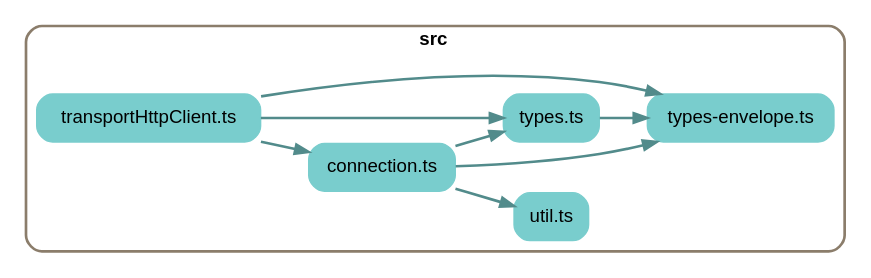
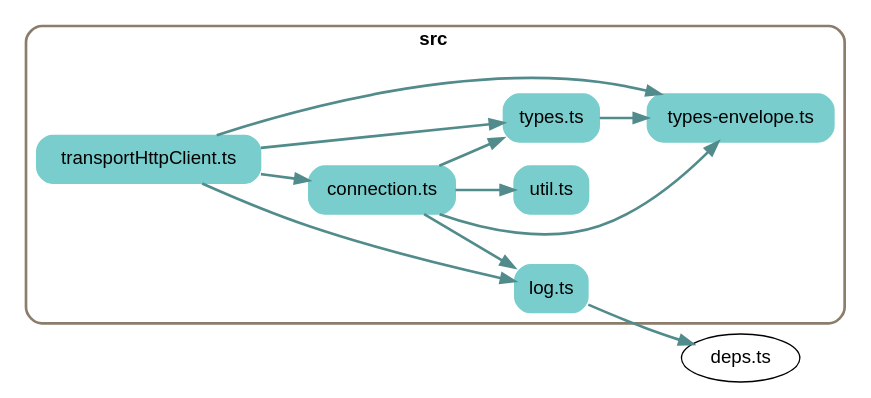
One commit to earthstar-project/earthstar-streaming-rpc changed the diagram in depchart/depchart-simple.dot. Above: the diagram before and after it, drawn with Graphviz. The commit also changed 5 other files, not shown here.

```diff
--- a/depchart/depchart-simple.dot
+++ b/depchart/depchart-simple.dot
@@ -1,37 +1,41 @@
 
 digraph G {
     //splines=line;
     //splines=polyline;
     splines=true;
     rankdir=LR;
     //newrank=true;
     compound=true;
     graph [fontname = "helvetica"];  // dpi=72
     node [fontname = "helvetica"];
     edge [fontname = "helvetica"];
     
     // files in their folder clusters
 
-    subgraph cluster8513787771 {
+    subgraph cluster4560059362 {
         label=<<b>src</b>>;
         style="rounded";
         color=bisque4;
         penwidth=2;
                     
         "src/connection.ts" [label="connection.ts", shape=rectangle; style="rounded,filled"; color=darkslategray3];
+        "src/log.ts" [label="log.ts", shape=rectangle; style="rounded,filled"; color=darkslategray3];
         "src/transportHttpClient.ts" [label="transportHttpClient.ts", shape=rectangle; style="rounded,filled"; color=darkslategray3];
         "src/types-envelope.ts" [label="types-envelope.ts", shape=rectangle; style="rounded,filled"; color=darkslategray3];
         "src/types.ts" [label="types.ts", shape=rectangle; style="rounded,filled"; color=darkslategray3];
         "src/util.ts" [label="util.ts", shape=rectangle; style="rounded,filled"; color=darkslategray3];
     }
 
     // edges between files
     "src/connection.ts" -> "src/types.ts" [penwidth=2; color=darkslategray4];
     "src/connection.ts" -> "src/types-envelope.ts" [penwidth=2; color=darkslategray4];
     "src/connection.ts" -> "src/util.ts" [penwidth=2; color=darkslategray4];
+    "src/connection.ts" -> "src/log.ts" [penwidth=2; color=darkslategray4];
+    "src/log.ts" -> "deps.ts" [penwidth=2; color=darkslategray4];
     "src/transportHttpClient.ts" -> "src/types.ts" [penwidth=2; color=darkslategray4];
     "src/transportHttpClient.ts" -> "src/types-envelope.ts" [penwidth=2; color=darkslategray4];
     "src/transportHttpClient.ts" -> "src/connection.ts" [penwidth=2; color=darkslategray4];
+    "src/transportHttpClient.ts" -> "src/log.ts" [penwidth=2; color=darkslategray4];
     "src/types.ts" -> "src/types-envelope.ts" [penwidth=2; color=darkslategray4];
 
 }
```
